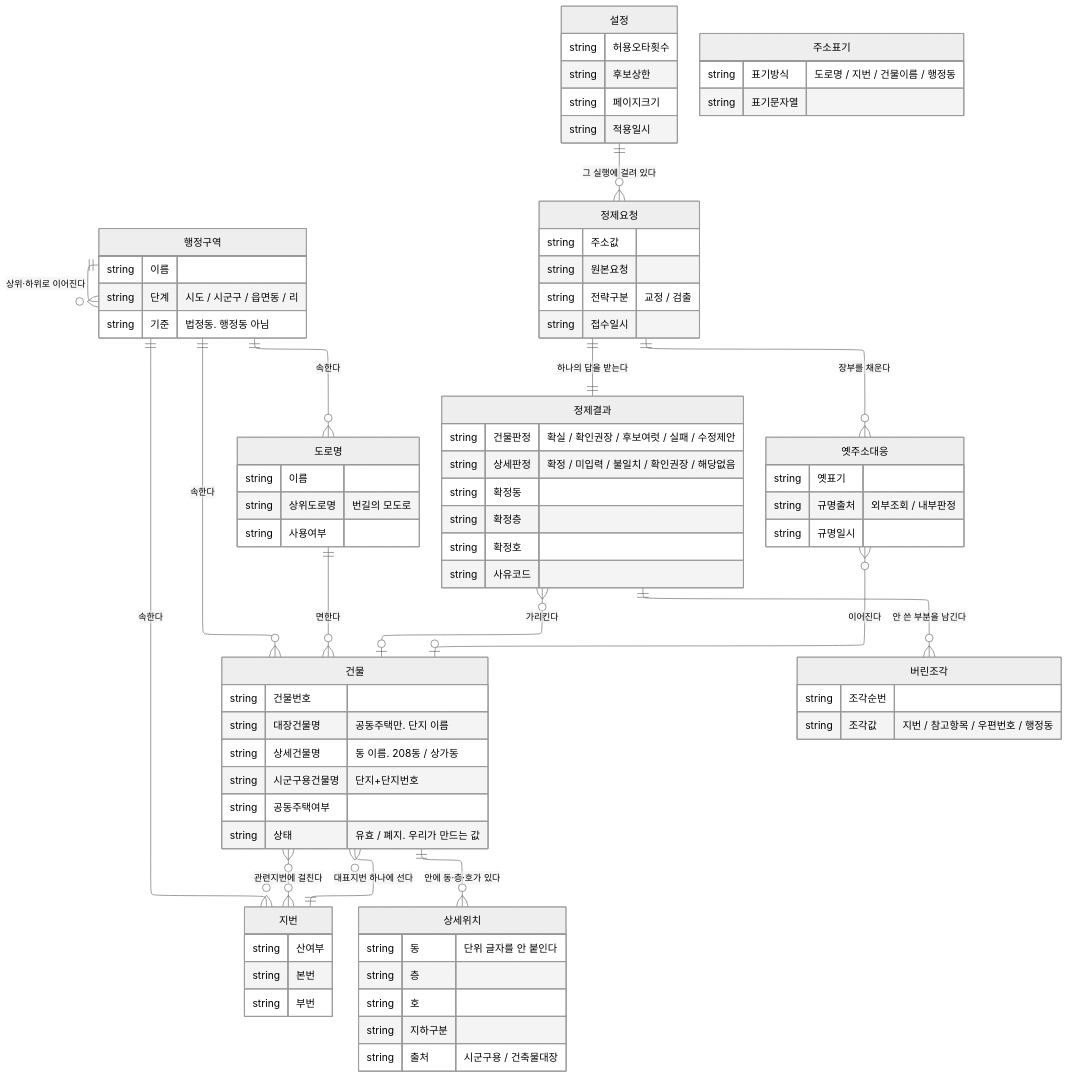
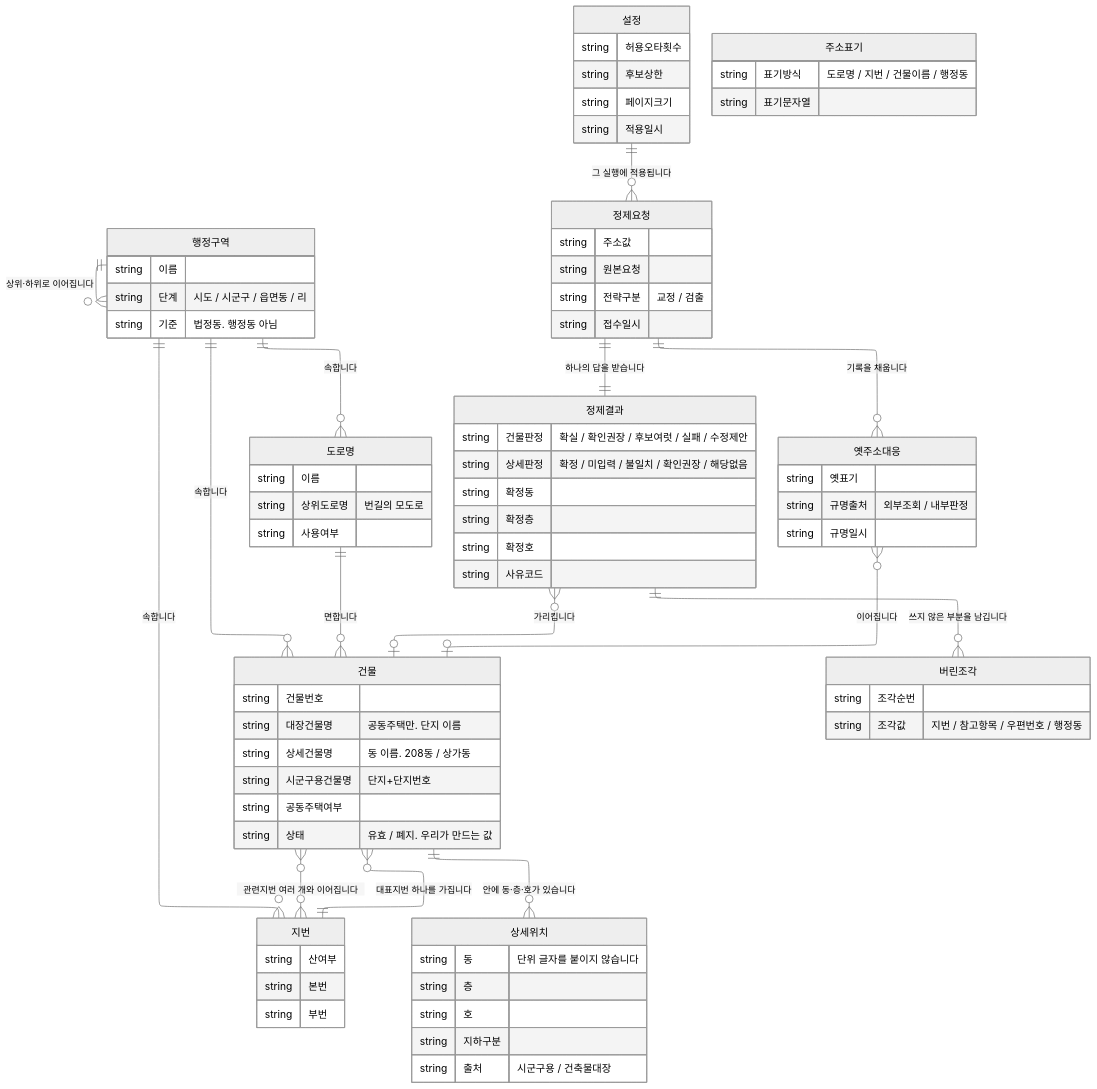
Before and after one commit to buss-sooin/address-refine-diagnostics: the first of 3 diagrams in design/02-data-model.md, drawn with Mermaid (neutral theme). The commit also changed other lines of this file and 20 other files, not shown here.

````diff
--- a/design/02-data-model.md
+++ b/design/02-data-model.md
@@ -57,25 +57,25 @@
 ```mermaid
 %%{init: {'layout': 'elk'}}%%
 erDiagram
-    행정구역 ||--o{ 행정구역 : "상위·하위로 이어진다"
-    행정구역 ||--o{ 도로명   : "속한다"
-    행정구역 ||--o{ 지번     : "속한다"
-    행정구역 ||--o{ 건물     : "속한다"
+    행정구역 ||--o{ 행정구역 : "상위·하위로 이어집니다"
+    행정구역 ||--o{ 도로명   : "속합니다"
+    행정구역 ||--o{ 지번     : "속합니다"
+    행정구역 ||--o{ 건물     : "속합니다"
 
-    도로명   ||--o{ 건물     : "면한다"
+    도로명   ||--o{ 건물     : "면합니다"
 
-    건물     }o--|| 지번     : "대표지번 하나에 선다"
-    건물     }o--o{ 지번     : "관련지번에 걸친다"
+    건물     }o--|| 지번     : "대표지번 하나를 가집니다"
+    건물     }o--o{ 지번     : "관련지번 여러 개와 이어집니다"
 
-    건물     ||--o{ 상세위치 : "안에 동·층·호가 있다"
+    건물     ||--o{ 상세위치 : "안에 동·층·호가 있습니다"
 
-    설정     ||--o{ 정제요청 : "그 실행에 걸려 있다"
-    정제요청 ||--|| 정제결과 : "하나의 답을 받는다"
-    정제결과 ||--o{ 버린조각 : "안 쓴 부분을 남긴다"
-    정제결과 }o--o| 건물     : "가리킨다"
+    설정     ||--o{ 정제요청 : "그 실행에 적용됩니다"
+    정제요청 ||--|| 정제결과 : "하나의 답을 받습니다"
+    정제결과 ||--o{ 버린조각 : "쓰지 않은 부분을 남깁니다"
+    정제결과 }o--o| 건물     : "가리킵니다"
 
-    옛주소대응 }o--o| 건물   : "이어진다"
-    정제요청 ||--o{ 옛주소대응 : "장부를 채운다"
+    옛주소대응 }o--o| 건물   : "이어집니다"
+    정제요청 ||--o{ 옛주소대응 : "기록을 채웁니다"
 
     행정구역 {
         string 이름
@@ -101,7 +101,7 @@
         string 상태 "유효 / 폐지. 우리가 만드는 값"
     }
     상세위치 {
-        string 동 "단위 글자를 안 붙인다"
+        string 동 "단위 글자를 붙이지 않습니다"
         string 층
         string 호
         string 지하구분
````
